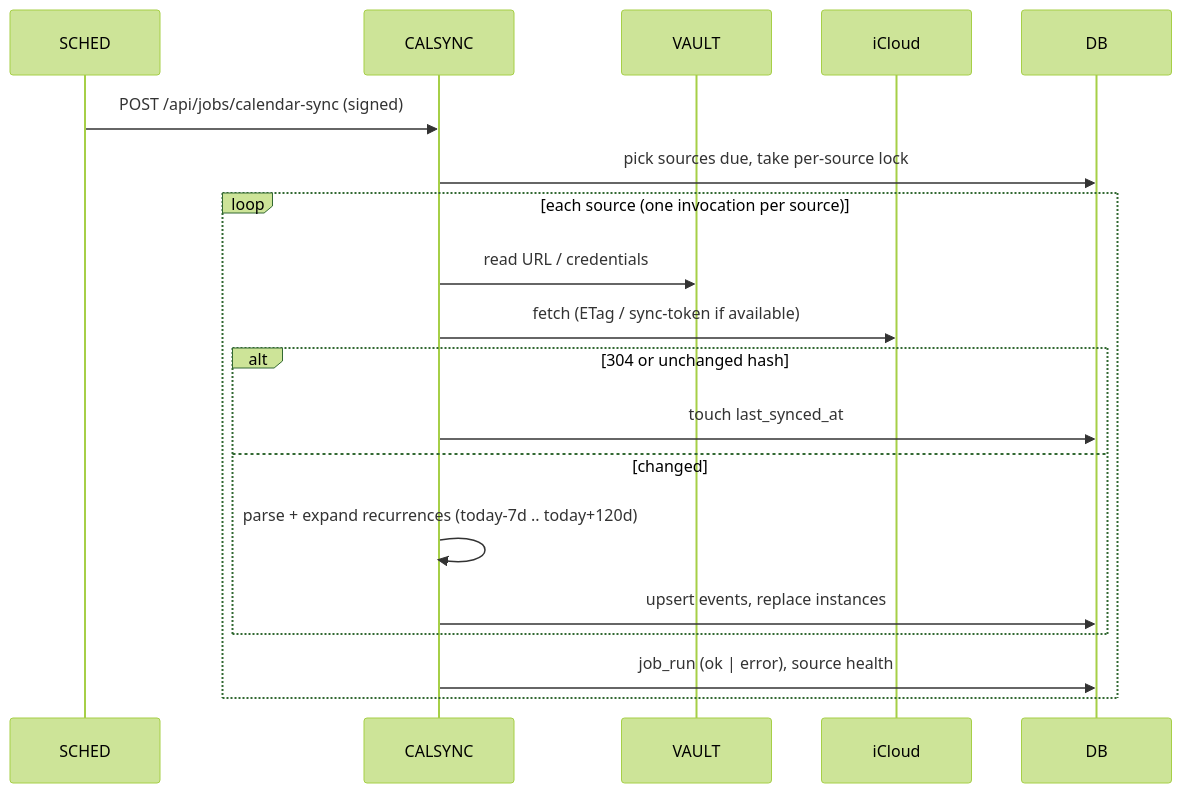
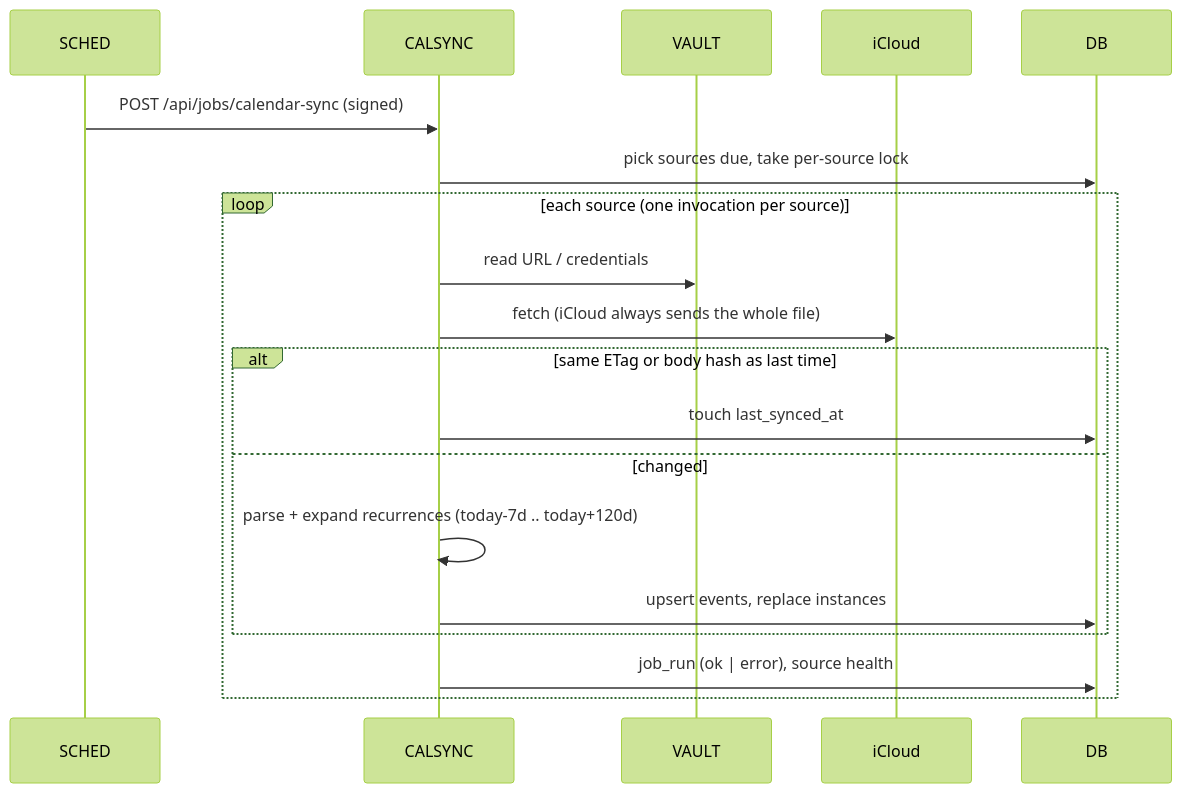
Before and after one commit to mronan83/Family-Hub: the sixth of 12 diagrams in docs/01-technical-architecture.md, drawn with Mermaid (forest theme). The commit also changed other lines of this file and 11 other files, not shown here.

````diff
--- a/docs/01-technical-architecture.md
+++ b/docs/01-technical-architecture.md
@@ -251,22 +252,22 @@
 ```mermaid
 sequenceDiagram
   participant S as SCHED
   participant C as CALSYNC
   participant V as VAULT
   participant I as iCloud
   participant D as DB
 
   S->>C: POST /api/jobs/calendar-sync (signed)
   C->>D: pick sources due, take per-source lock
   loop each source (one invocation per source)
     C->>V: read URL / credentials
-    C->>I: fetch (ETag / sync-token if available)
-    alt 304 or unchanged hash
+    C->>I: fetch (iCloud always sends the whole file)
+    alt same ETag or body hash as last time
       C->>D: touch last_synced_at
     else changed
       C->>C: parse + expand recurrences (today-7d .. today+120d)
       C->>D: upsert events, replace instances
     end
     C->>D: job_run (ok | error), source health
   end
 ```
````
